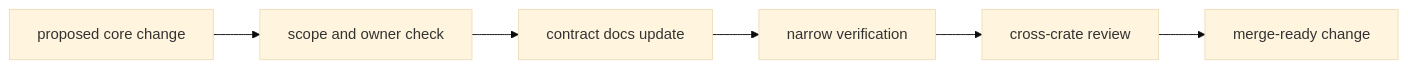
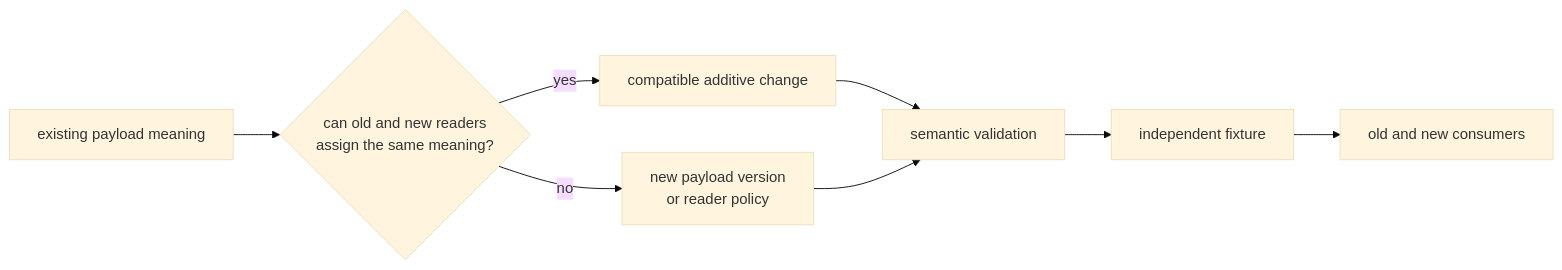
One commit to bijux/bijux-telecom changed the second of 2 diagrams in docs/02-bijux-gnss-core/operations/index.md. Above: the diagram before and after it, drawn with Mermaid (base theme). The commit also changed other lines of this file, not shown here.

Commit message:
docs(core): govern amplified contract changes

````diff
--- a/docs/02-bijux-gnss-core/operations/index.md
+++ b/docs/02-bijux-gnss-core/operations/index.md
@@ -19,11 +59,15 @@
 ```mermaid
 flowchart LR
-    change["proposed core change"]
-    scope["scope and owner check"]
-    docs["contract docs update"]
-    tests["narrow verification"]
-    review["cross-crate review"]
-    release["merge-ready change"]
+    old["existing payload meaning"]
+    change{"can old and new readers<br/>assign the same meaning?"}
+    additive["compatible additive change"]
+    version["new payload version<br/>or reader policy"]
+    validator["semantic validation"]
+    fixture["independent fixture"]
+    consumer["old and new consumers"]
 
-    change --> scope --> docs --> tests --> review --> release
+    old --> change
+    change -- yes --> additive --> validator
+    change -- no --> version --> validator
+    validator --> fixture --> consumer
 ```
````
